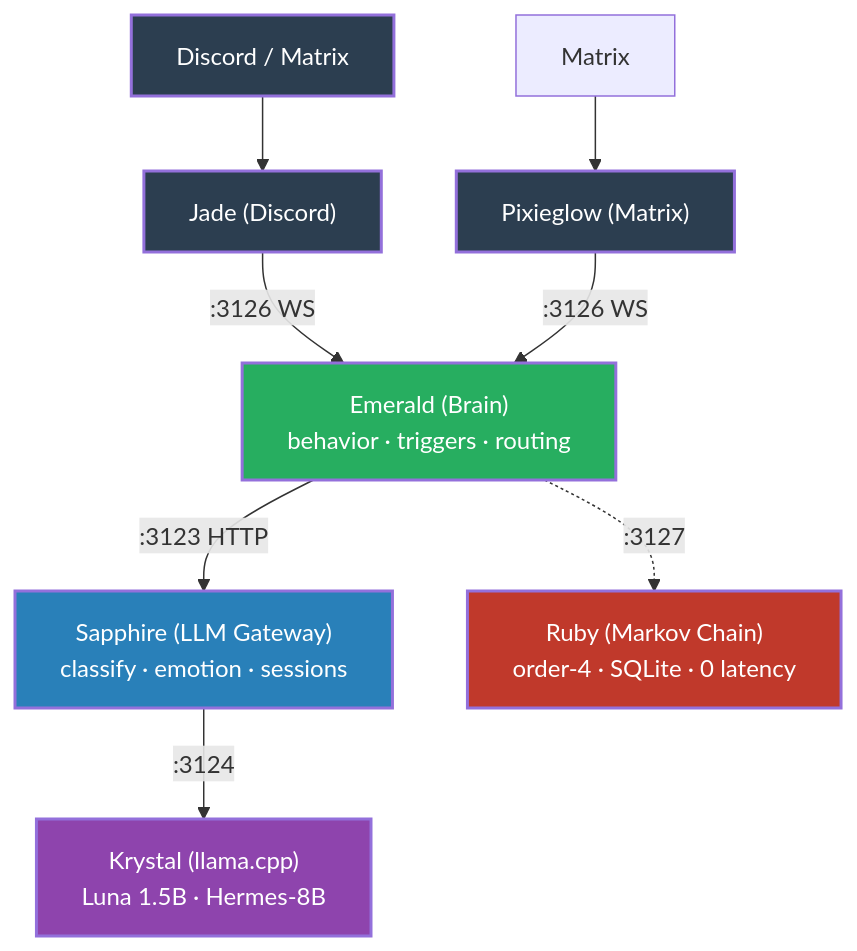
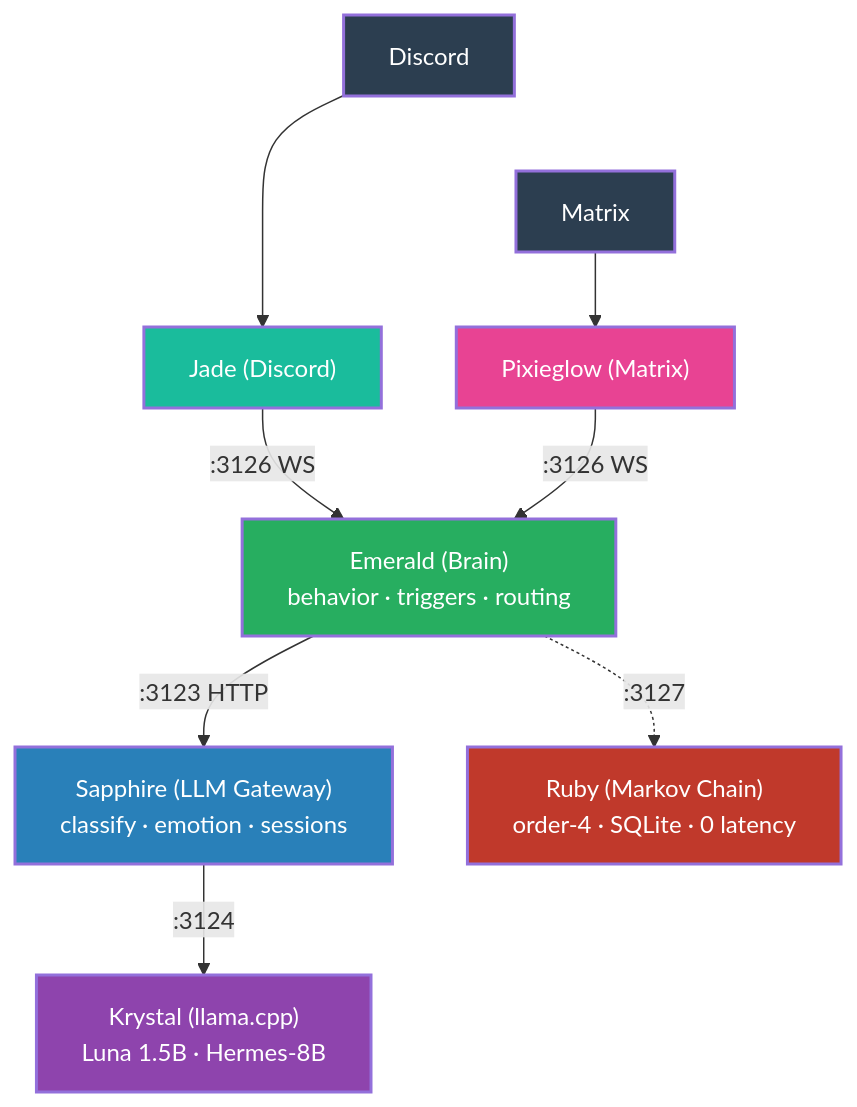
Before and after one commit to protocol-luna/.github: the diagram in profile/README.md, drawn with Mermaid.

Commit message:
Fix Jade/Pixieglow colors and separate Discord/Matrix nodes

````diff
--- a/profile/README.md
+++ b/profile/README.md
@@ -32,33 +32,37 @@
 ```mermaid
 flowchart TD
     classDef platform fill:#2c3e50,color:#fff,stroke-width:2px
+    classDef jade fill:#1abc9c,color:#fff,stroke-width:2px
+    classDef pixie fill:#e84393,color:#fff,stroke-width:2px
     classDef brain fill:#27ae60,color:#fff,stroke-width:2px
     classDef service fill:#2980b9,color:#fff,stroke-width:2px
     classDef inference fill:#8e44ad,color:#fff,stroke-width:2px
     classDef alt fill:#c0392b,color:#fff,stroke-width:2px
 
-    Discord["Discord / Matrix"]:::platform
+    Discord["Discord"]:::platform
+    Matrix["Matrix"]:::platform
 
-    Jade["Jade (Discord)"]:::platform
-    Pixieglow["Pixieglow (Matrix)"]:::platform
+    Jade["Jade (Discord)"]:::jade
+    Pixieglow["Pixieglow (Matrix)"]:::pixie
+    Discord ~~~ Matrix
 
     Emerald["Emerald (Brain)
     behavior · triggers · routing"]:::brain
 
     Sapphire["Sapphire (LLM Gateway)
     classify · emotion · sessions"]:::service
 
     Krystal["Krystal (llama.cpp)
     Luna 1.5B · Hermes-8B"]:::inference
 
     Ruby["Ruby (Markov Chain)
     order-4 · SQLite · 0 latency"]:::alt
 
     Discord --> Jade
     Matrix --> Pixieglow
     Jade -- ":3126 WS" --> Emerald
     Pixieglow -- ":3126 WS" --> Emerald
     Emerald -- ":3123 HTTP" --> Sapphire
     Sapphire -- ":3124" --> Krystal
     Emerald -.->|":3127"| Ruby
 ```
````
